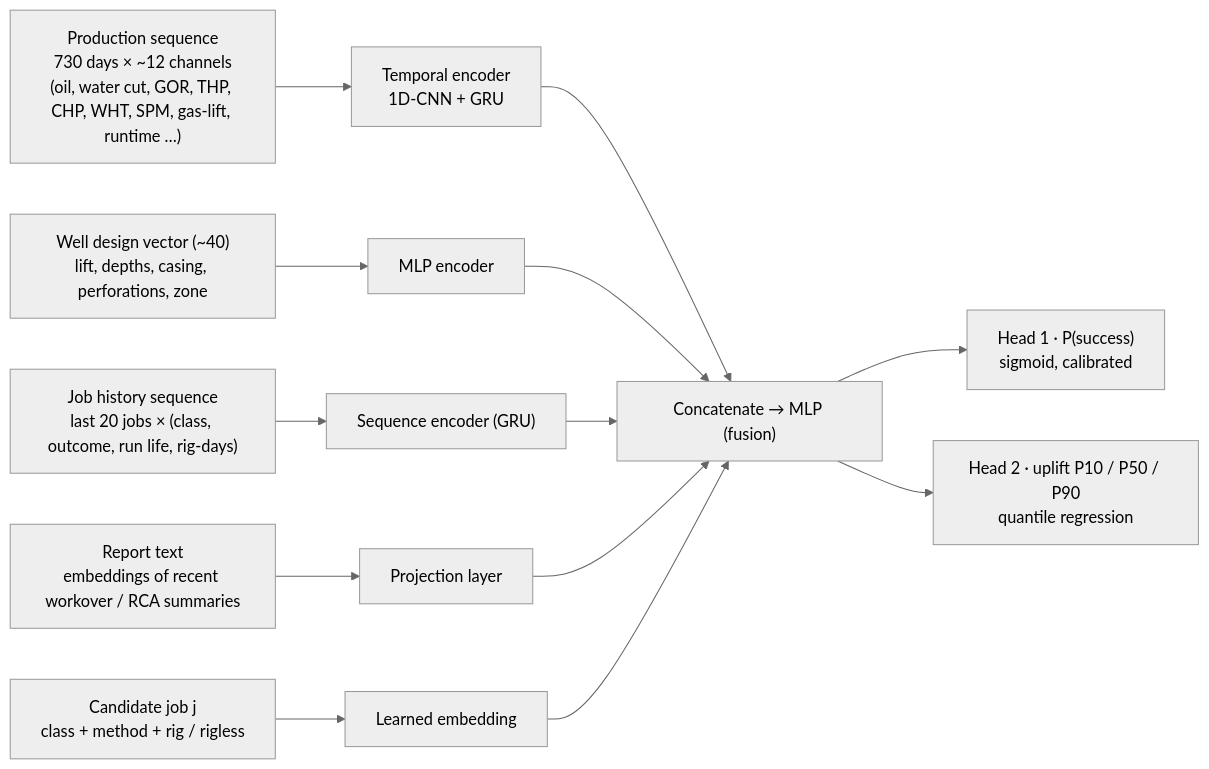
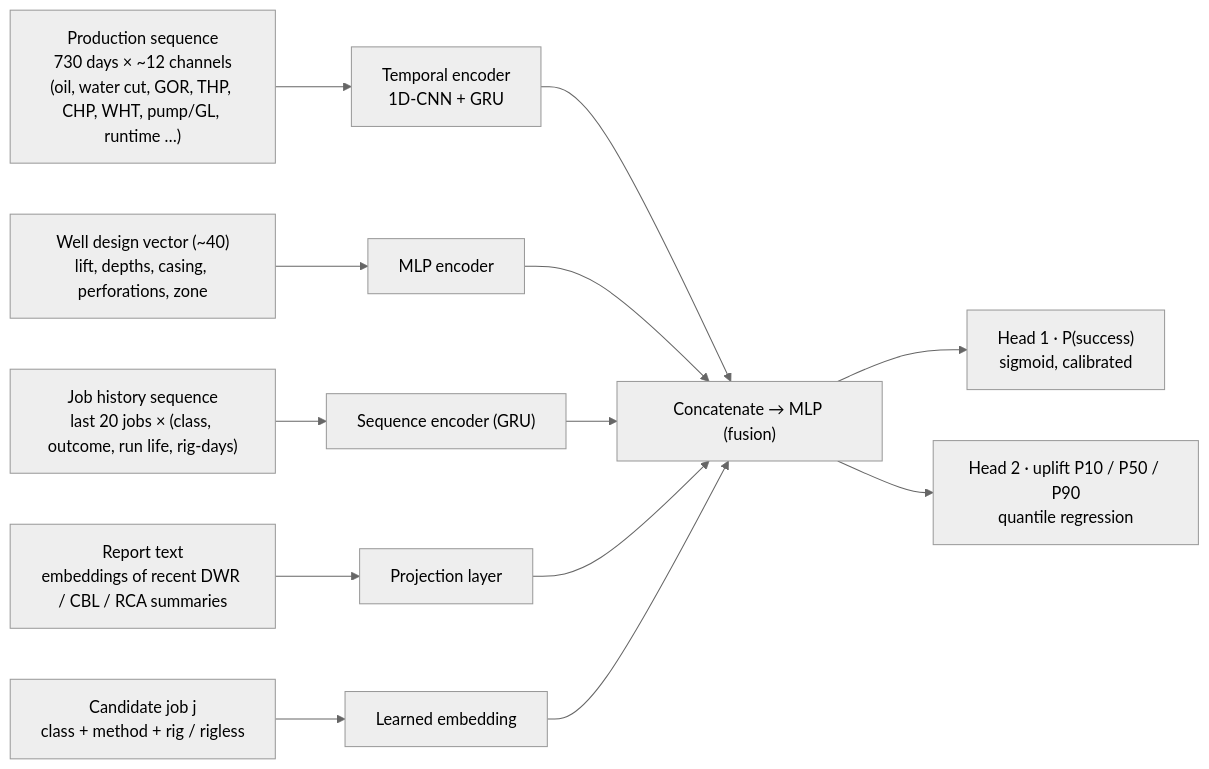
The third of 5 diagrams in docs/ml_recommendation_engine.md (amandeepsinghs-cyber/urvi-cairn-barmer), drawn with Mermaid (neutral theme) before and after one commit. The commit also changed other lines of this file and 405 other files, not shown here.

````diff
--- a/docs/ml_recommendation_engine.md
+++ b/docs/ml_recommendation_engine.md
@@ -291,15 +296,15 @@
 ```mermaid
 flowchart LR
-  S1["Production sequence<br/>730 days × ~12 channels<br/>(oil, water cut, GOR, THP, CHP, WHT, SPM, gas-lift, runtime …)"] --> E1["Temporal encoder<br/>1D-CNN + GRU"]
+  S1["Production sequence<br/>730 days × ~12 channels<br/>(oil, water cut, GOR, THP, CHP, WHT, pump/GL, runtime …)"] --> E1["Temporal encoder<br/>1D-CNN + GRU"]
   S2["Well design vector (~40)<br/>lift, depths, casing, perforations, zone"] --> E2["MLP encoder"]
   S3["Job history sequence<br/>last 20 jobs × (class, outcome, run life, rig-days)"] --> E3["Sequence encoder (GRU)"]
-  S4["Report text<br/>embeddings of recent workover / RCA summaries"] --> E4["Projection layer"]
+  S4["Report text<br/>embeddings of recent DWR / CBL / RCA summaries"] --> E4["Projection layer"]
   S5["Candidate job j<br/>class + method + rig / rigless"] --> E5["Learned embedding"]
   E1 --> F["Concatenate → MLP (fusion)"]
   E2 --> F
   E3 --> F
   E4 --> F
   E5 --> F
   F --> H1["Head 1 · P(success)<br/>sigmoid, calibrated"]
   F --> H2["Head 2 · uplift P10 / P50 / P90<br/>quantile regression"]
 ```
````
